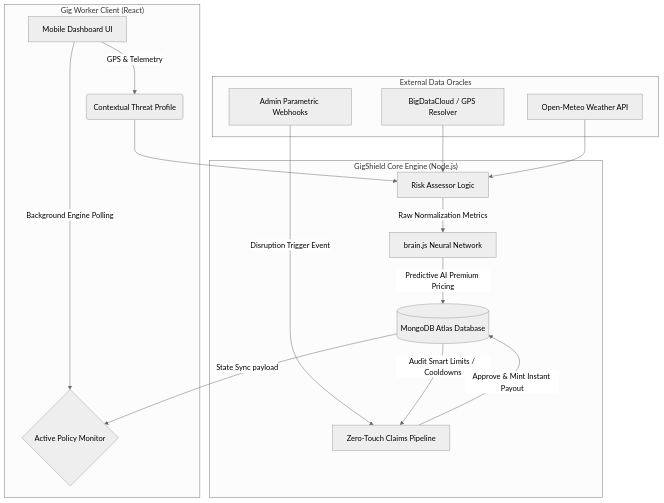
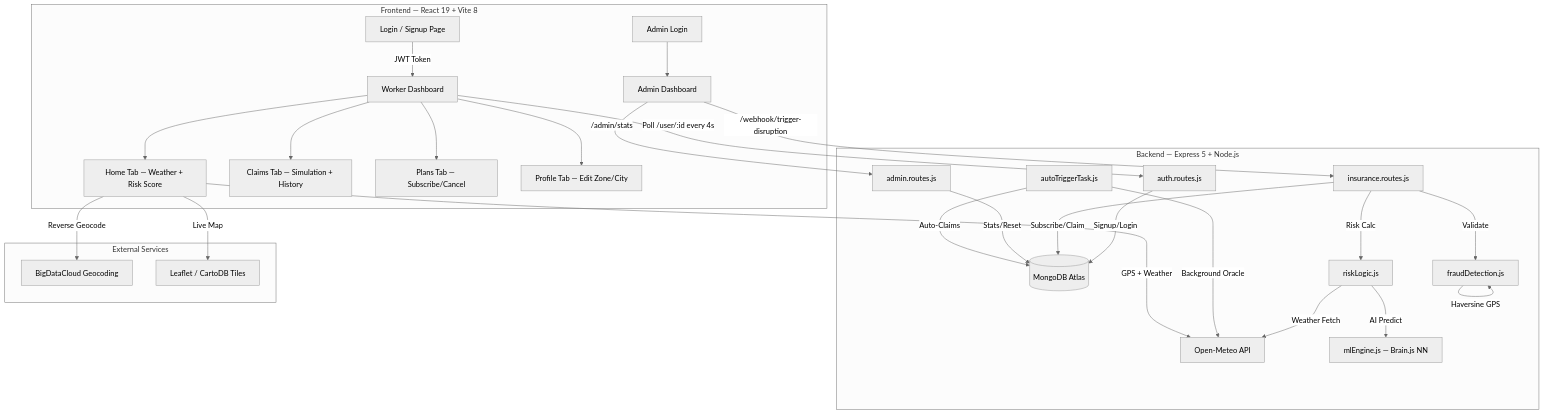
The first of 2 diagrams in README.md (ANSUJKMEHER/GigShield-AI), drawn with Mermaid (neutral theme) before and after one commit. The commit also changed other lines of this file, not shown here.

Commit message:
docs: Complete README rewrite with exhaustive architecture, data flows, and code-level documentation

````diff
--- a/README.md
+++ b/README.md
@@ -51,31 +236,37 @@
 ```mermaid
 graph TD
-    subgraph "Gig Worker Client (React)"
-        A[Mobile Dashboard UI] -->|GPS & Telemetry| B(Contextual Threat Profile)
-        A -->|Background Engine Polling| C{Active Policy Monitor}
+    subgraph "Frontend — React 19 + Vite 8"
+        A[Login / Signup Page] -->|JWT Token| B[Worker Dashboard]
+        B --> B1[Home Tab — Weather + Risk Score]
+        B --> B2[Claims Tab — Simulation + History]
+        B --> B3[Plans Tab — Subscribe/Cancel]
+        B --> B4[Profile Tab — Edit Zone/City]
+        AL[Admin Login] --> AD[Admin Dashboard]
     end
 
-    subgraph "GigShield Core Engine (Node.js)"
-        D[(MongoDB Atlas Database)] 
-        E[brain.js Neural Network]
-        F[Risk Assessor Logic]
-        G[Zero-Touch Claims Pipeline]
+    subgraph "Backend — Express 5 + Node.js"
+        R1[auth.routes.js] -->|Signup/Login| DB[(MongoDB Atlas)]
+        R2[insurance.routes.js] -->|Subscribe/Claim| DB
+        R3[admin.routes.js] -->|Stats/Reset| DB
+        R2 -->|Risk Calc| RL[riskLogic.js]
+        RL -->|Weather Fetch| WA[Open-Meteo API]
+        RL -->|AI Predict| ML[mlEngine.js — Brain.js NN]
+        R2 -->|Validate| FD[fraudDetection.js]
+        FD -->|Haversine GPS| FD
+        AT[autoTriggerTask.js] -->|Background Oracle| WA
+        AT -->|Auto-Claims| DB
     end
 
-    subgraph "External Data Oracles"
-        H[Open-Meteo Weather API]
-        I[Admin Parametric Webhooks]
-        J[BigDataCloud / GPS Resolver]
+    subgraph "External Services"
+        WA[Open-Meteo API]
+        GEO[BigDataCloud Geocoding]
+        LEAF[Leaflet / CartoDB Tiles]
     end
 
-    B --> F
-    J --> F
-    H --> F
-    F -->|Raw Normalization Metrics| E
-    E -->|Predictive AI Premium Pricing| D
-    
-    I -->|Disruption Trigger Event| G
-    D -->|Audit Smart Limits / Cooldowns| G
-    G -->|Approve & Mint Instant Payout| D
-    D -->|State Sync payload| C
+    B1 -->|GPS + Weather| WA
+    B1 -->|Reverse Geocode| GEO
+    B1 -->|Live Map| LEAF
+    B -->|Poll /user/:id every 4s| R1
+    AD -->|/webhook/trigger-disruption| R2
+    AD -->|/admin/stats| R3
 ```
````
